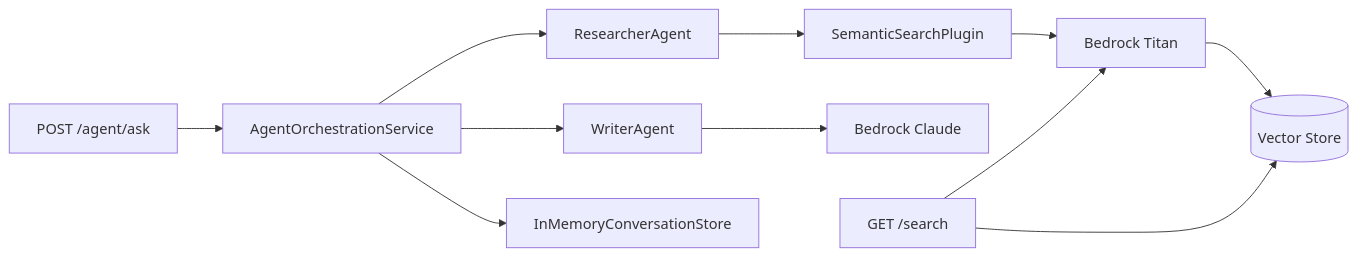
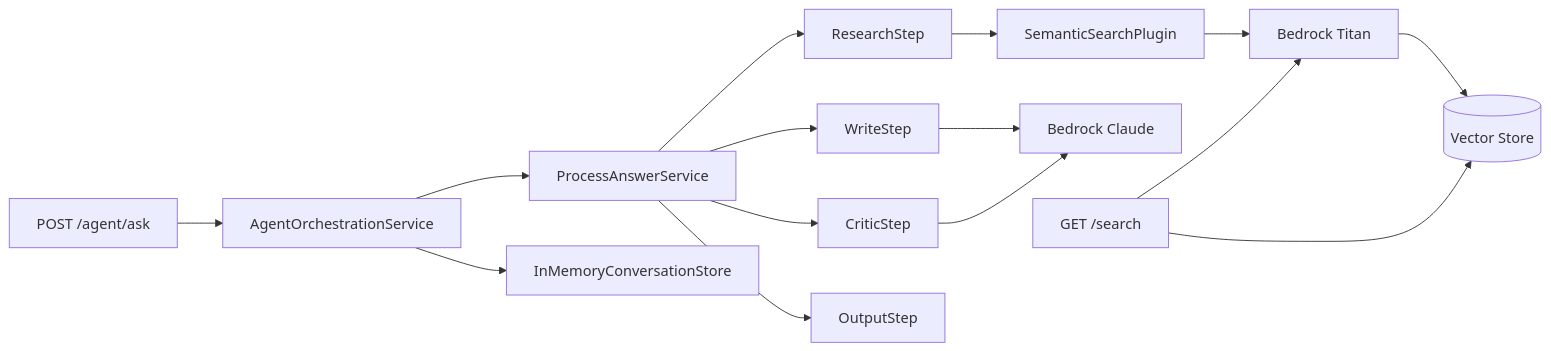
The diagram in README.md (msepahvand/dotnet-rag-agent), drawn with Mermaid before and after one commit. The commit also changed other lines of this file, not shown here.

First line of the commit message:
docs: update README to reflect current architecture and remove stale test count

````diff
--- a/README.md
+++ b/README.md
@@ -77,14 +90,18 @@
 ```mermaid
 flowchart LR
   A[POST /agent/ask] --> ORC[AgentOrchestrationService]
-  ORC --> RA[ResearcherAgent]
-  ORC --> WA[WriterAgent]
-  RA --> SP[SemanticSearchPlugin]
+  ORC --> PAS[ProcessAnswerService]
+  PAS --> RS[ResearchStep]
+  RS --> SP[SemanticSearchPlugin]
   SP --> BRT[Bedrock Titan]
   BRT --> VS[(Vector Store)]
-  WA --> BRC[Bedrock Claude]
+  PAS --> WS[WriteStep]
+  WS --> BRC[Bedrock Claude]
+  PAS --> CS2[CriticStep]
+  CS2 --> BRC
+  PAS --> OS[OutputStep]
   ORC --> CS[InMemoryConversationStore]
 
   SC[GET /search] --> BRT
   SC --> VS
 ```
````
